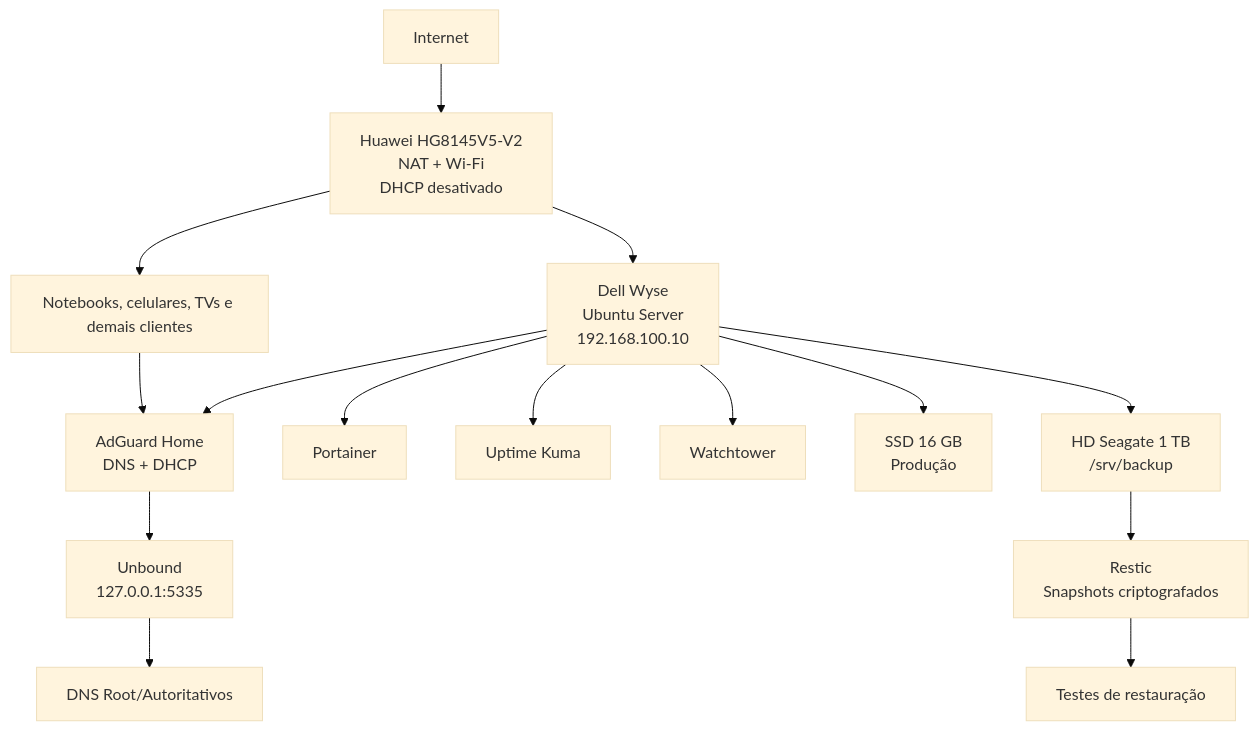
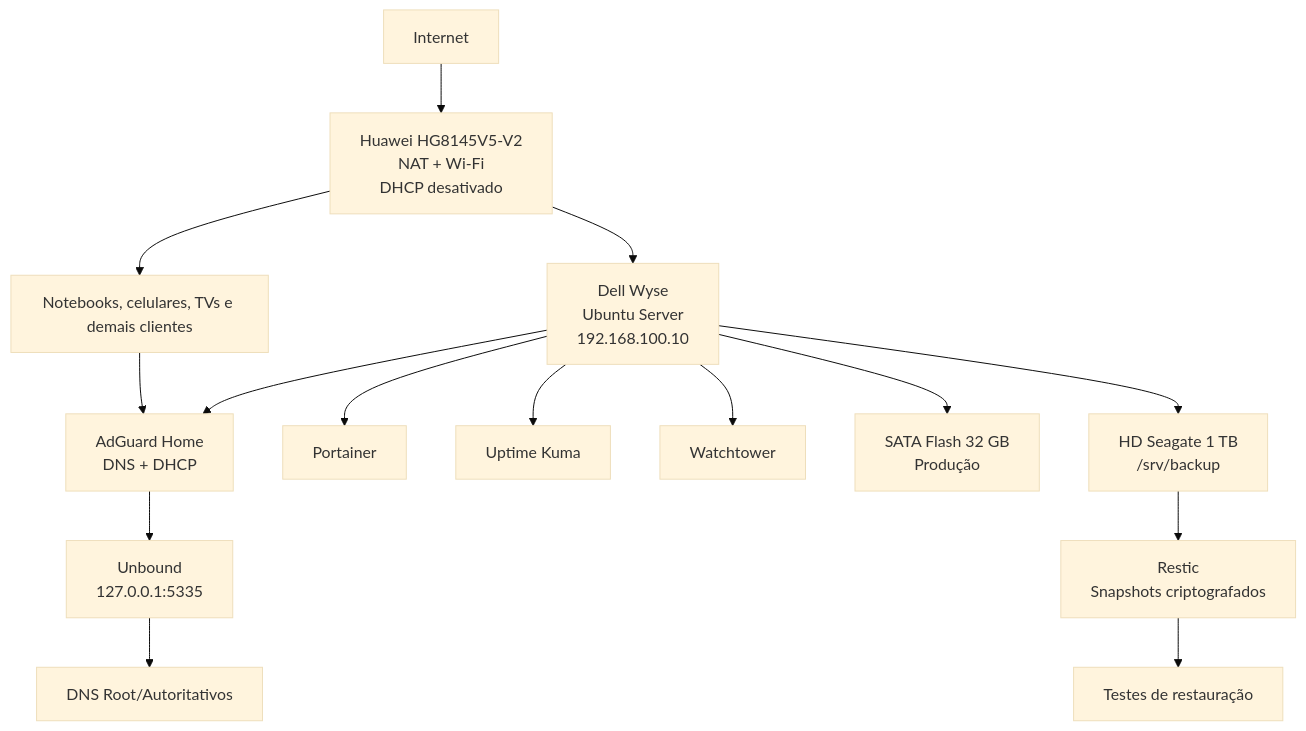
One commit to leonardodebs/homelab-infrastructure-server changed the diagram in README.md. Above: the diagram before and after it, drawn with Mermaid (base theme). The commit also changed other lines of this file, not shown here.

Commit message:
docs: atualiza hardware real para flash de 32 GB

````diff
--- a/README.md
+++ b/README.md
@@ -47,17 +49,17 @@
 ```mermaid
 flowchart TD
     Internet --> Modem[Huawei HG8145V5-V2\nNAT + Wi-Fi\nDHCP desativado]
     Modem --> Wyse[Dell Wyse\nUbuntu Server\n192.168.100.10]
     Wyse --> AGH[AdGuard Home\nDNS + DHCP]
     AGH --> Unbound[Unbound\n127.0.0.1:5335]
     Unbound --> RootDNS[DNS Root/Autoritativos]
     Wyse --> Portainer
     Wyse --> Kuma[Uptime Kuma]
     Wyse --> Watchtower
-    Wyse --> SSD[SSD 16 GB\nProdução]
+    Wyse --> SSD[SATA Flash 32 GB\nProdução]
     Wyse --> USB[HD Seagate 1 TB\n/srv/backup]
     USB --> Restic[Restic\nSnapshots criptografados]
     Restic --> Restore[Testes de restauração]
     Modem --> Clientes[Notebooks, celulares, TVs e demais clientes]
     Clientes --> AGH
 ```
````
